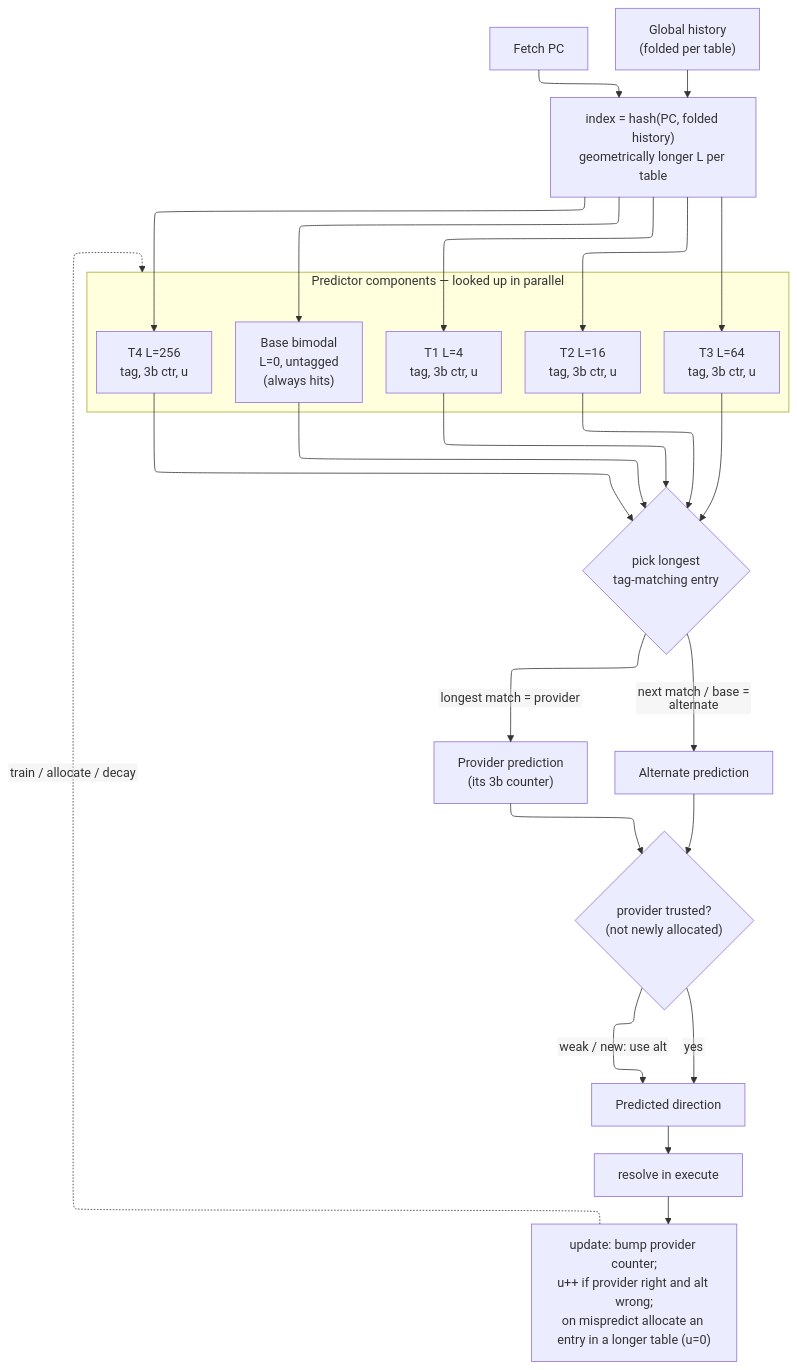
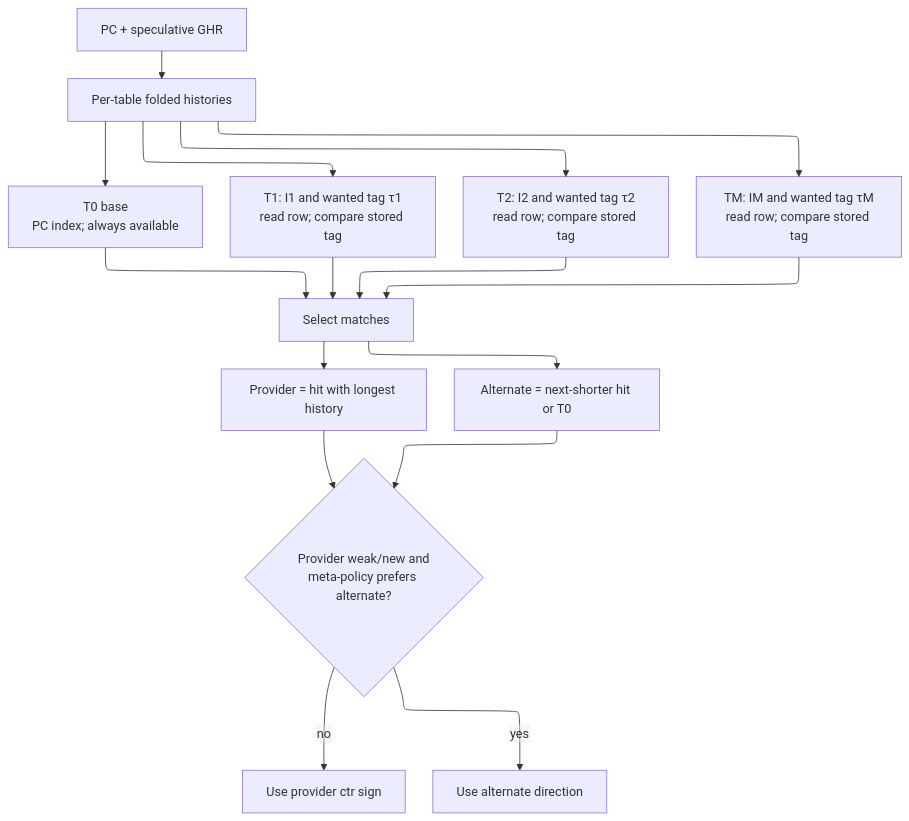
One commit to Wty2003328/silicon-design-notebook changed the fifth of 6 diagrams in 01_Architecture_and_PPA/01_CPU_Architecture/02_Frontend_and_Prediction/01_Branch_Prediction_Deep_Dive.md. Above: the diagram before and after it, drawn with Mermaid. The commit also changed other lines of this file, not shown here.

Commit message:
Expand TAGE and perceptron predictor documentation

````diff
--- a/01_Architecture_and_PPA/01_CPU_Architecture/02_Frontend_and_Prediction/01_Branch_Prediction_Deep_Dive.md
+++ b/01_Architecture_and_PPA/01_CPU_Architecture/02_Frontend_and_Prediction/01_Branch_Prediction_Deep_Dive.md
@@ -405,36 +442,19 @@
 ```mermaid
 %%{init: {"flowchart": {"defaultRenderer": "elk", "nodeSpacing": 60, "rankSpacing": 60, "htmlLabels": false}}}%%
 flowchart TD
-    PC["Fetch PC"]
-    GHR["Global history<br/>(folded per table)"]
-    IDX["index = hash(PC, folded history)<br/>geometrically longer L per table"]
-    PC --> IDX
-    GHR --> IDX
-    subgraph COMP["Predictor components — looked up in parallel"]
-        BASE["Base bimodal<br/>L=0, untagged<br/>(always hits)"]
-        T1["T1  L=4<br/>tag, 3b ctr, u"]
-        T2["T2  L=16<br/>tag, 3b ctr, u"]
-        T3["T3  L=64<br/>tag, 3b ctr, u"]
-        T4["T4  L=256<br/>tag, 3b ctr, u"]
-    end
-    IDX --> BASE
-    IDX --> T1
-    IDX --> T2
-    IDX --> T3
-    IDX --> T4
-    BASE --> SEL
-    T1 --> SEL
-    T2 --> SEL
-    T3 --> SEL
-    T4 --> SEL
-    SEL{"pick longest<br/>tag-matching entry"}
-    SEL -->|longest match = provider| PROV["Provider prediction<br/>(its 3b counter)"]
-    SEL -->|next match / base = alternate| ALT["Alternate prediction"]
-    PROV --> PICK{"provider trusted?<br/>(not newly allocated)"}
-    ALT --> PICK
-    PICK -->|yes| OUT["Predicted direction"]
-    PICK -->|weak / new: use alt| OUT
-    OUT --> RES["resolve in execute"]
-    RES --> UPD["update: bump provider counter;<br/>u++ if provider right and alt wrong;<br/>on mispredict allocate an entry in a longer table (u=0)"]
-    UPD -.->|train / allocate / decay| COMP
+    C["PC + speculative GHR"] --> F["Per-table folded histories"]
+    F --> B["T0 base<br/>PC index; always available"]
+    F --> T1["T1: I1 and wanted tag τ1<br/>read row; compare stored tag"]
+    F --> T2["T2: I2 and wanted tag τ2<br/>read row; compare stored tag"]
+    F --> TM["TM: IM and wanted tag τM<br/>read row; compare stored tag"]
+    B --> S["Select matches"]
+    T1 --> S
+    T2 --> S
+    TM --> S
+    S --> P["Provider = hit with longest history"]
+    S --> A["Alternate = next-shorter hit or T0"]
+    P --> N{"Provider weak/new and<br/>meta-policy prefers alternate?"}
+    A --> N
+    N -->|no| O["Use provider ctr sign"]
+    N -->|yes| Q["Use alternate direction"]
 ```
````
